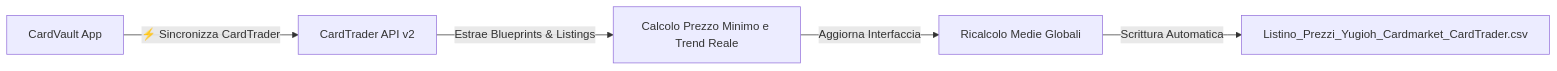
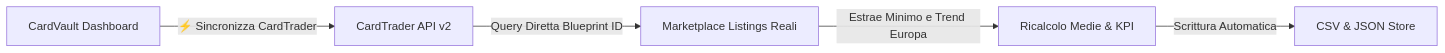
Before and after one commit to MostrodiCatrame/cardvault-tcg: the diagram in DOCUMENTAZIONE_E_GUIDA.md, drawn with Mermaid. The commit also changed other lines of this file and 5 other files, not shown here.

````diff
--- a/DOCUMENTAZIONE_E_GUIDA.md
+++ b/DOCUMENTAZIONE_E_GUIDA.md
@@ -59,7 +59,7 @@
 ```mermaid
 graph LR
-    A[CardVault App] -->|⚡ Sincronizza CardTrader| B[CardTrader API v2]
-    B -->|Estrae Blueprints & Listings| C[Calcolo Prezzo Minimo e Trend Reale]
-    C -->|Aggiorna Interfaccia| D[Ricalcolo Medie Globali]
-    D -->|Scrittura Automatica| E[Listino_Prezzi_Yugioh_Cardmarket_CardTrader.csv]
+    A[CardVault Dashboard] -->|⚡ Sincronizza CardTrader| B[CardTrader API v2]
+    B -->|Query Diretta Blueprint ID| C[Marketplace Listings Reali]
+    C -->|Estrae Minimo e Trend Europa| D[Ricalcolo Medie & KPI]
+    D -->|Scrittura Automatica| E[CSV & JSON Store]
 ```
````
